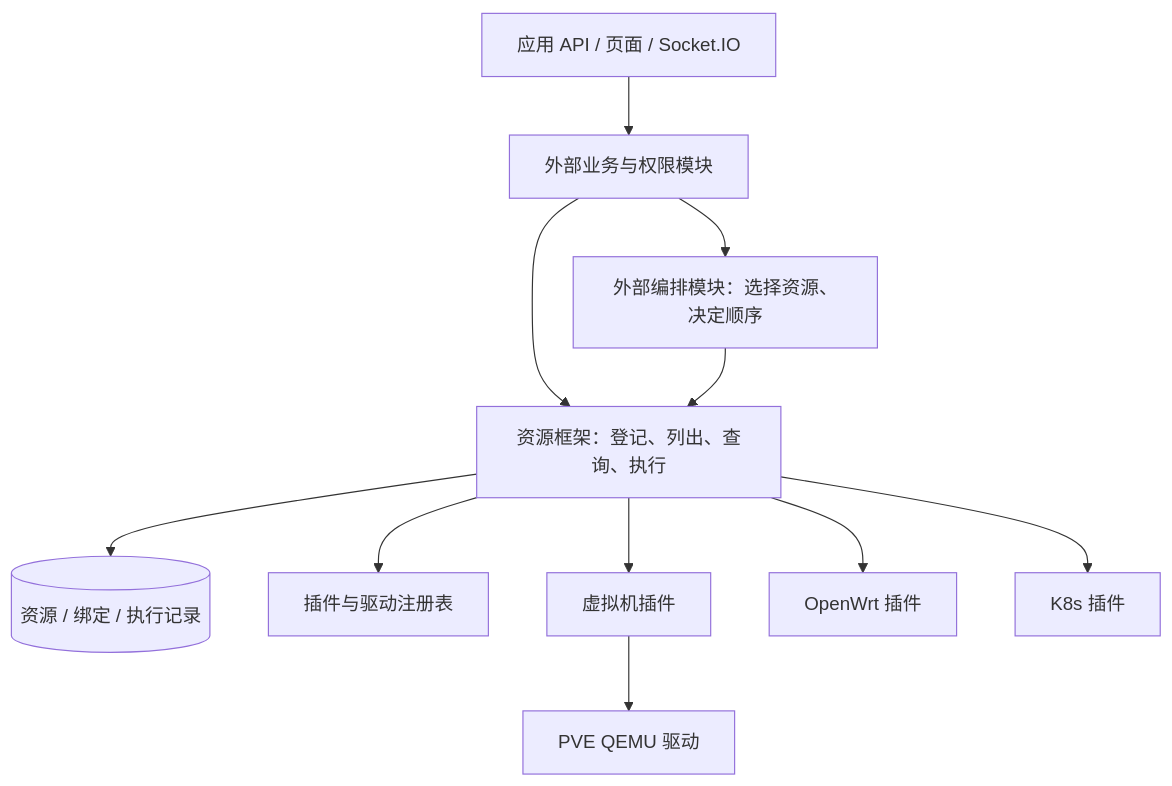
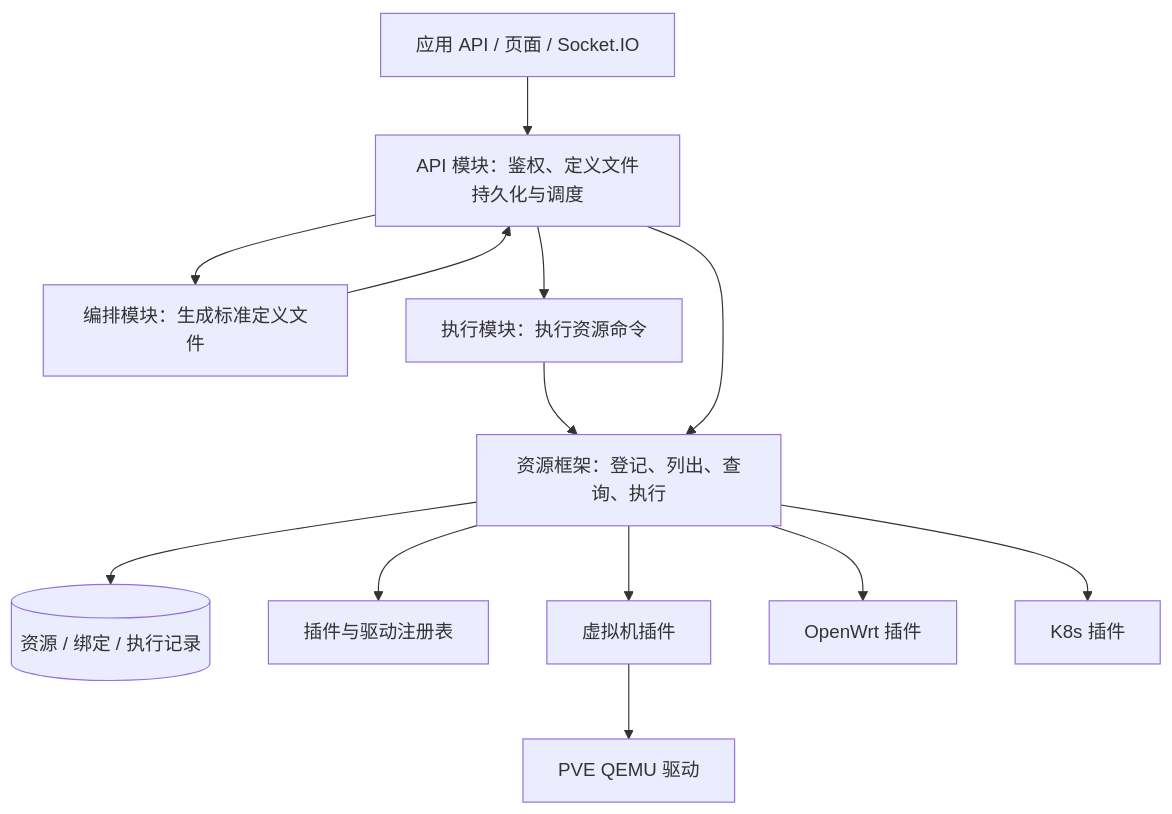
One commit to bjx8970/k8s-lab-platform changed the diagram in docs/resource-framework/README.md. Above: the diagram before and after it, drawn with Mermaid. The commit also changed other lines of this file and 76 other files, not shown here.

````diff
--- a/docs/resource-framework/README.md
+++ b/docs/resource-framework/README.md
@@ -44,13 +44,15 @@
 ```mermaid
 flowchart TD
-    App[应用 API / 页面 / Socket.IO] --> Business[外部业务与权限模块]
-    Business --> Flow[外部编排模块：选择资源、决定顺序]
-    Business --> Service[资源框架：登记、列出、查询、执行]
-    Flow --> Service
+    App[应用 API / 页面 / Socket.IO] --> API[API 模块：鉴权、定义文件持久化与调度]
+    API --> Orch[编排模块：生成标准定义文件]
+    API --> Exec[执行模块：执行资源命令]
+    Orch --> API
+    Exec --> Service[资源框架：登记、列出、查询、执行]
+    API --> Service
     Service --> Store[(资源 / 绑定 / 执行记录)]
     Service --> Registry[插件与驱动注册表]
     Service --> VM[虚拟机插件]
     VM --> PVE[PVE QEMU 驱动]
     Service --> OW[OpenWrt 插件]
     Service --> K8s[K8s 插件]
 ```
````
